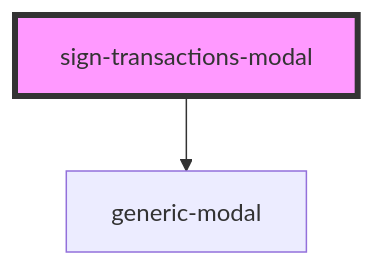
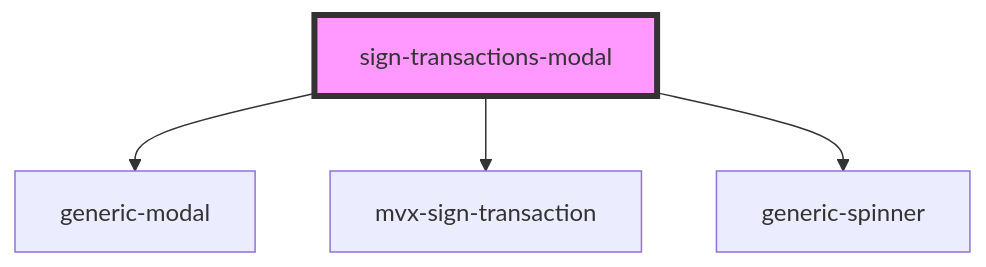
One commit to multiversx/mx-sdk-dapp-ui changed the diagram in src/components/sign-transactions-modal/readme.md. Above: the diagram before and after it, drawn with Mermaid. The commit also changed other lines of this file and 13 other files, not shown here.

Commit message:
Update sign transaction modal component

````diff
--- a/src/components/sign-transactions-modal/readme.md
+++ b/src/components/sign-transactions-modal/readme.md
@@ -35,5 +37,7 @@
 ```mermaid
 graph TD;
   sign-transactions-modal --> generic-modal
+  sign-transactions-modal --> mvx-sign-transaction
+  sign-transactions-modal --> generic-spinner
   style sign-transactions-modal fill:#f9f,stroke:#333,stroke-width:4px
 ```
````
